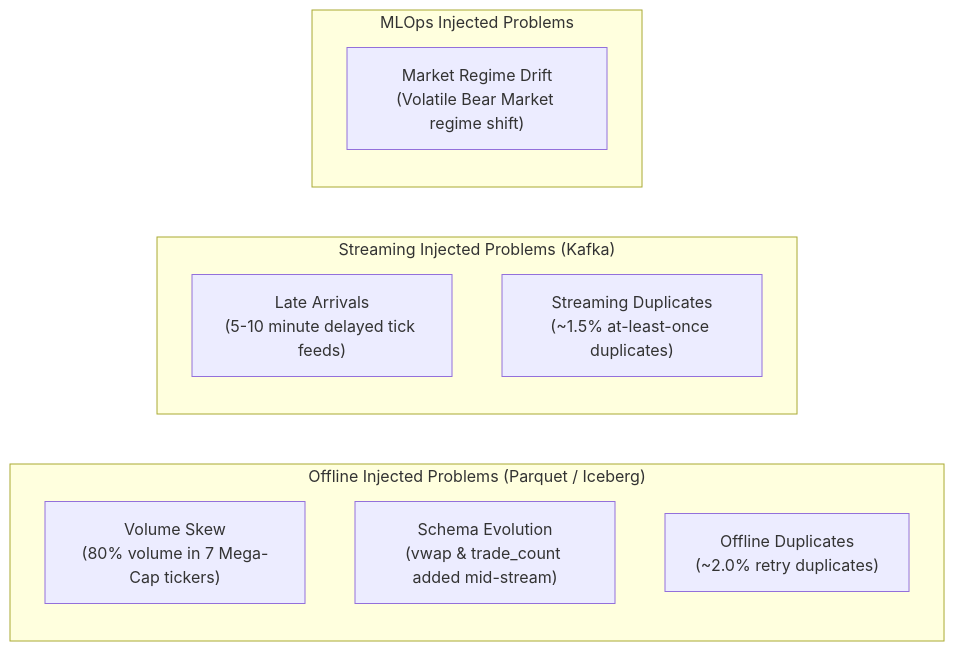
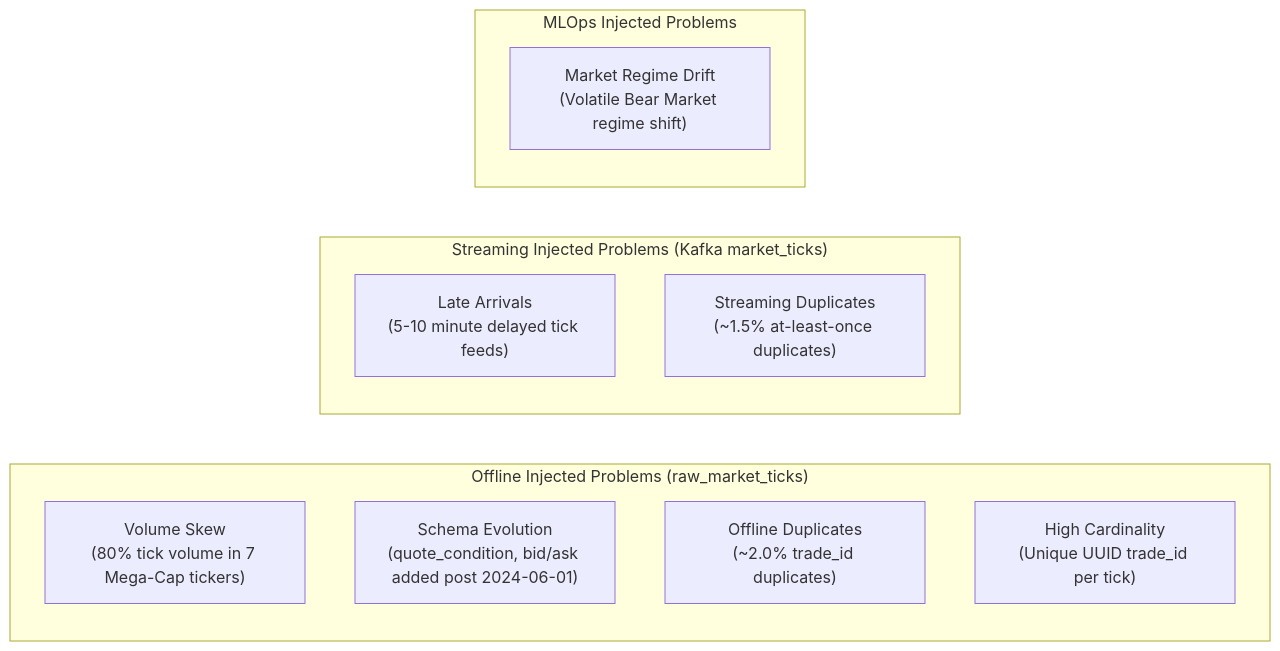
One commit to LongDeutsch/edai_quant_k11 changed the diagram in docs/DATA_PROBLEMS_AND_SKEW.md. Above: the diagram before and after it, drawn with Mermaid. The commit also changed other lines of this file and 872 other files, not shown here.

Commit message:
full flow integrate and ui dashboard update

````diff
--- a/docs/DATA_PROBLEMS_AND_SKEW.md
+++ b/docs/DATA_PROBLEMS_AND_SKEW.md
@@ -7,17 +15,18 @@
 ```mermaid
 flowchart LR
-    subgraph OfflineProblems["Offline Injected Problems (Parquet / Iceberg)"]
-        P1["Volume Skew<br>(80% volume in 7 Mega-Cap tickers)"]
-        P2["Schema Evolution<br>(vwap & trade_count added mid-stream)"]
-        P3["Offline Duplicates<br>(~2.0% retry duplicates)"]
+    subgraph OfflineProblems["Offline Injected Problems (raw_market_ticks)"]
+        P1["Volume Skew<br>(80% tick volume in 7 Mega-Cap tickers)"]
+        P2["Schema Evolution<br>(quote_condition, bid/ask added post 2024-06-01)"]
+        P3["Offline Duplicates<br>(~2.0% trade_id duplicates)"]
+        P4["High Cardinality<br>(Unique UUID trade_id per tick)"]
     end
 
-    subgraph StreamingProblems["Streaming Injected Problems (Kafka)"]
-        P4["Late Arrivals<br>(5-10 minute delayed tick feeds)"]
-        P5["Streaming Duplicates<br>(~1.5% at-least-once duplicates)"]
+    subgraph StreamingProblems["Streaming Injected Problems (Kafka market_ticks)"]
+        P5["Late Arrivals<br>(5-10 minute delayed tick feeds)"]
+        P6["Streaming Duplicates<br>(~1.5% at-least-once duplicates)"]
     end
 
     subgraph MLOpsProblems["MLOps Injected Problems"]
-        P6["Market Regime Drift<br>(Volatile Bear Market regime shift)"]
+        P7["Market Regime Drift<br>(Volatile Bear Market regime shift)"]
     end
 ```
````
